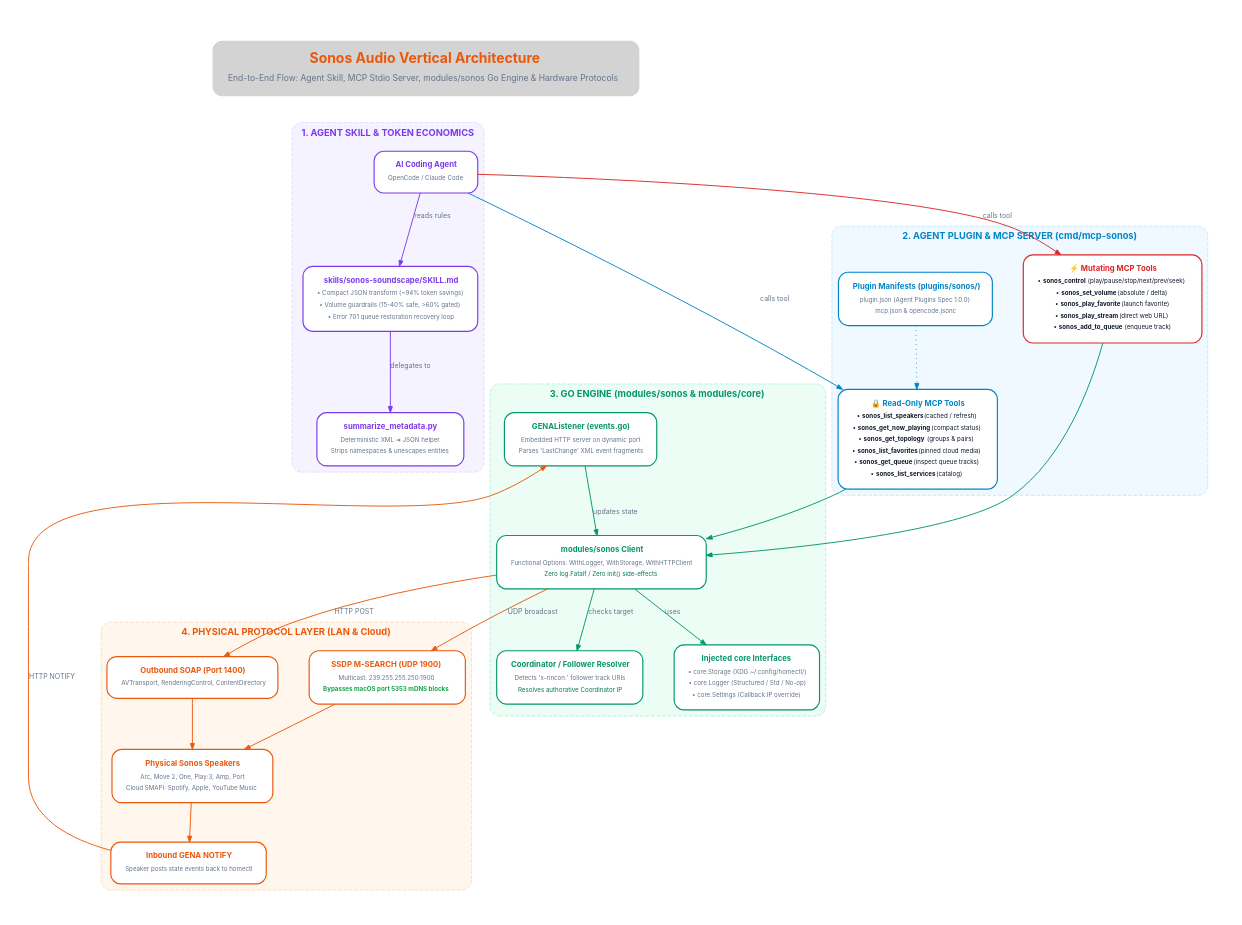
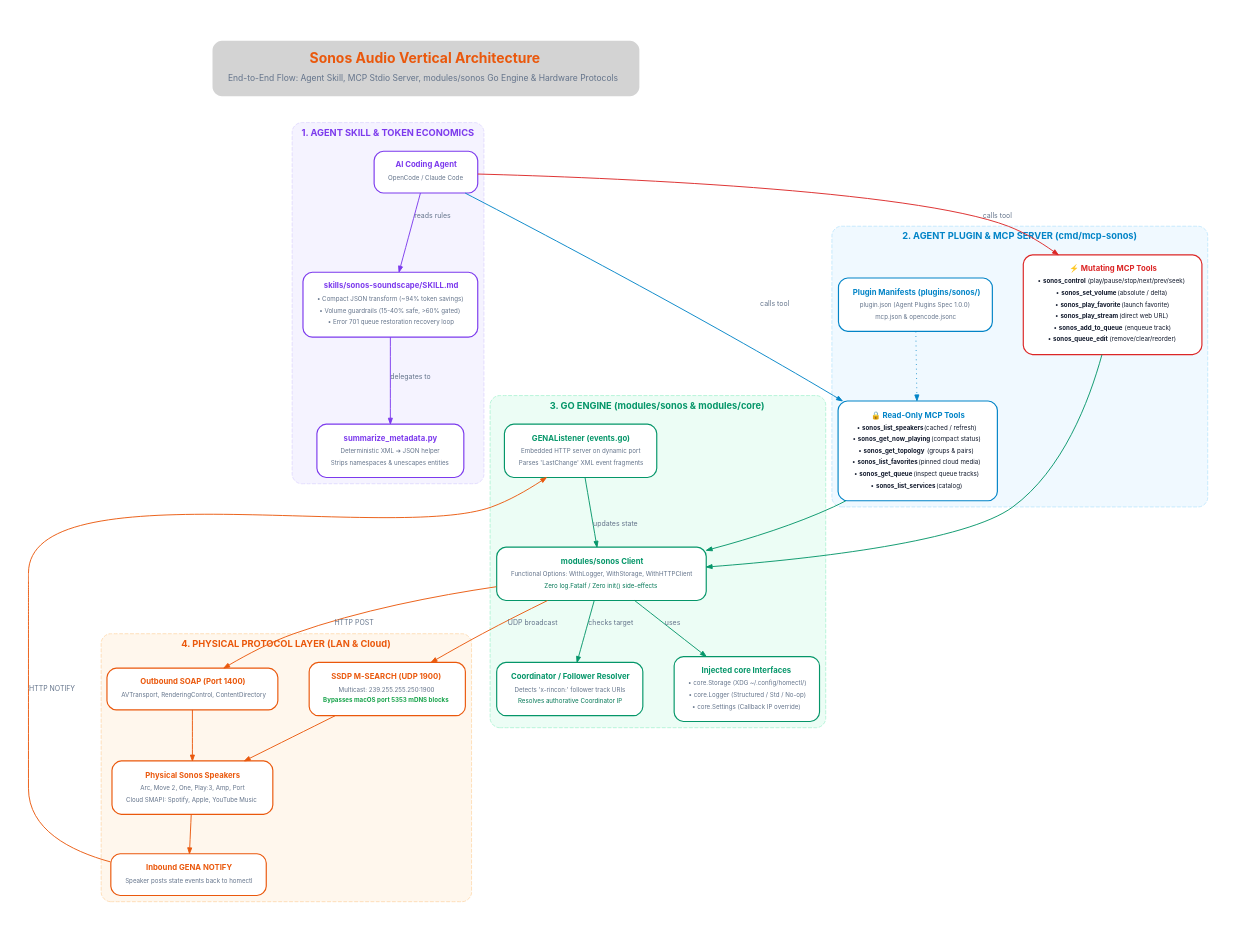
The diagram in docs/src/assets/architecture/sonos.dot (ghchinoy/homectl), drawn with Graphviz before and after one commit. The commit also changed 11 other files, not shown here.

Commit message:
docs(sonos): document sonos_queue_edit MCP tool and queue CLI commands (control-znc, control-6ht, control-s5y)

```diff
--- a/docs/src/assets/architecture/sonos.dot
+++ b/docs/src/assets/architecture/sonos.dot
@@ -120,6 +120,7 @@
         <tr><td><font color="#0f172a" point-size="8">• <b>sonos_play_favorite</b> (launch favorite)</font></td></tr>
         <tr><td><font color="#0f172a" point-size="8">• <b>sonos_play_stream</b> (direct web URL)</font></td></tr>
         <tr><td><font color="#0f172a" point-size="8">• <b>sonos_add_to_queue</b> (enqueue track)</font></td></tr>
+        <tr><td><font color="#0f172a" point-size="8">• <b>sonos_queue_edit</b> (remove/clear/reorder)</font></td></tr>
       </table>>,
       fillcolor="#ffffff",
       color="#dc2626"
```
